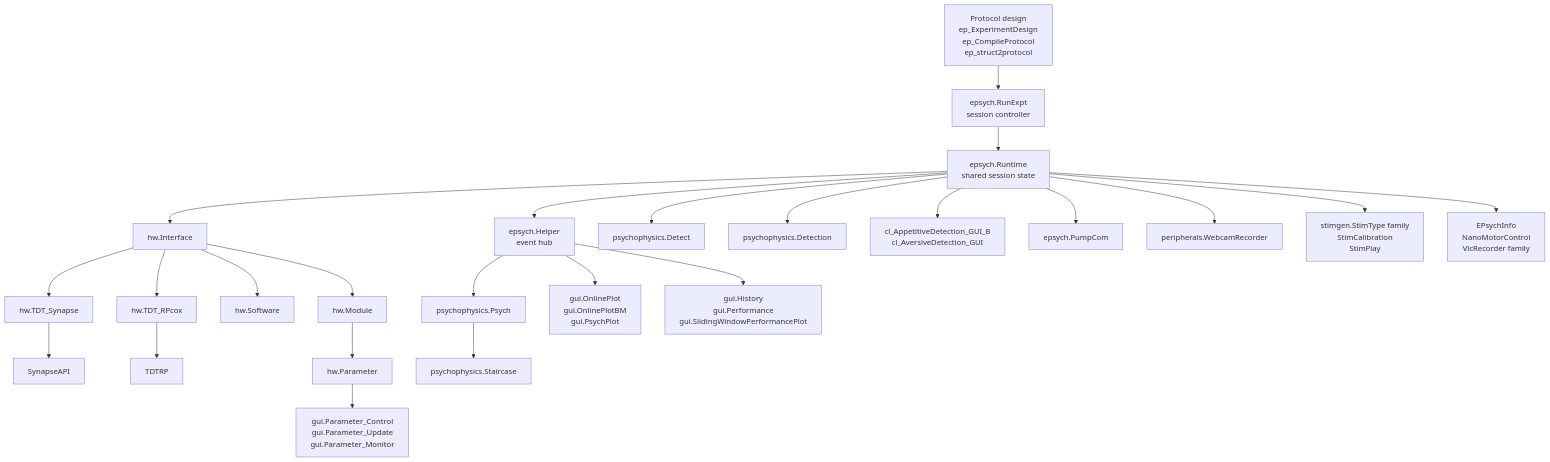
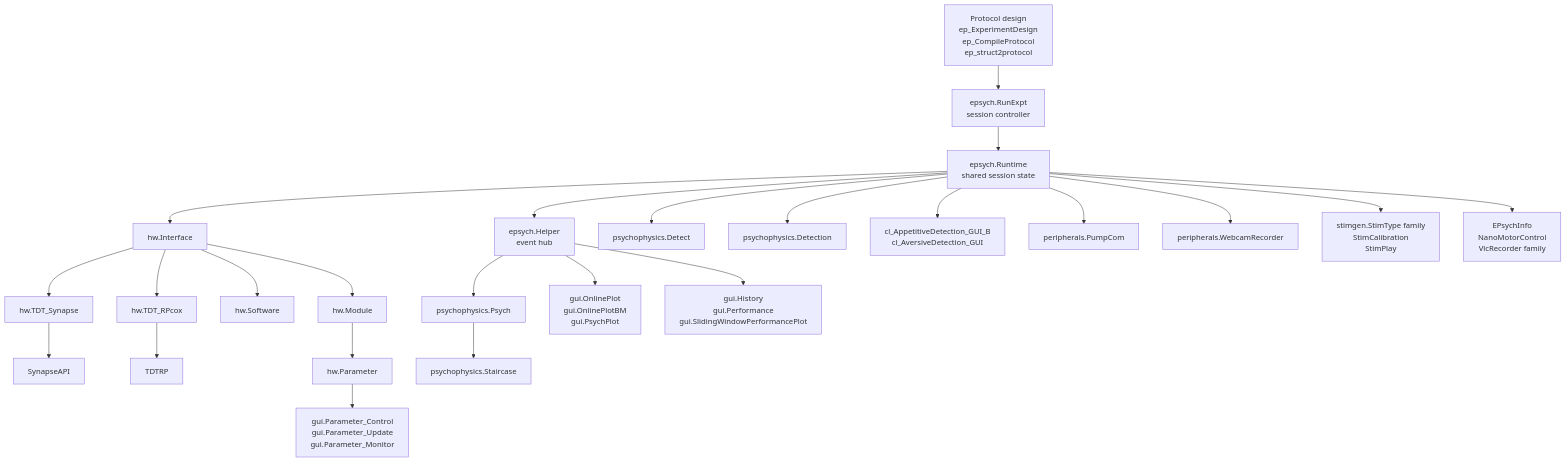
The diagram in documentation/Class_Map.md (dstolz/epsych2), drawn with Mermaid before and after one commit. The commit also changed other lines of this file and 6 other files, not shown here.

Commit message:
feat: add PumpCom class and documentation for syringe pump control

````diff
--- a/documentation/Class_Map.md
+++ b/documentation/Class_Map.md
@@ -119,26 +119,26 @@
 ```mermaid
 flowchart TD
     A[Protocol design<br/>ep_ExperimentDesign<br/>ep_CompileProtocol<br/>ep_struct2protocol] --> B[epsych.RunExpt<br/>session controller]
     B --> C[epsych.Runtime<br/>shared session state]
     C --> D[epsych.Helper<br/>event hub]
     C --> E[hw.Interface]
     E --> E1[hw.TDT_Synapse]
     E --> E2[hw.TDT_RPcox]
     E --> E3[hw.Software]
     E1 --> F1[SynapseAPI]
     E2 --> F2[TDTRP]
     E --> G[hw.Module]
     G --> H[hw.Parameter]
     D --> I[psychophysics.Psych]
     I --> I1[psychophysics.Staircase]
     C --> I2[psychophysics.Detect]
     C --> I3[psychophysics.Detection]
     H --> J[gui.Parameter_Control<br/>gui.Parameter_Update<br/>gui.Parameter_Monitor]
     D --> K[gui.OnlinePlot<br/>gui.OnlinePlotBM<br/>gui.PsychPlot]
     D --> L[gui.History<br/>gui.Performance<br/>gui.SlidingWindowPerformancePlot]
     C --> M[cl_AppetitiveDetection_GUI_B<br/>cl_AversiveDetection_GUI]
-    C --> N[epsych.PumpCom]
+   C --> N[peripherals.PumpCom]
     C --> O[peripherals.WebcamRecorder]
     C --> P[stimgen.StimType family<br/>StimCalibration<br/>StimPlay]
     C --> Q[EPsychInfo<br/>NanoMotorControl<br/>VlcRecorder family]
 ```
````
